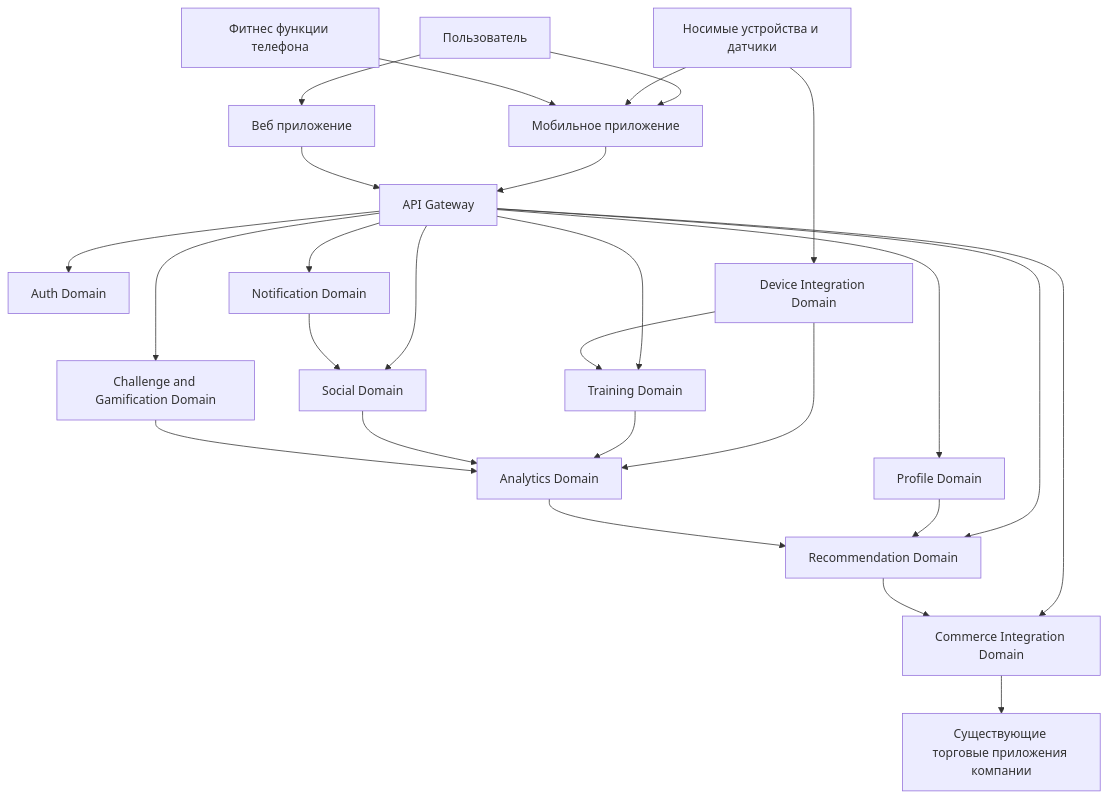
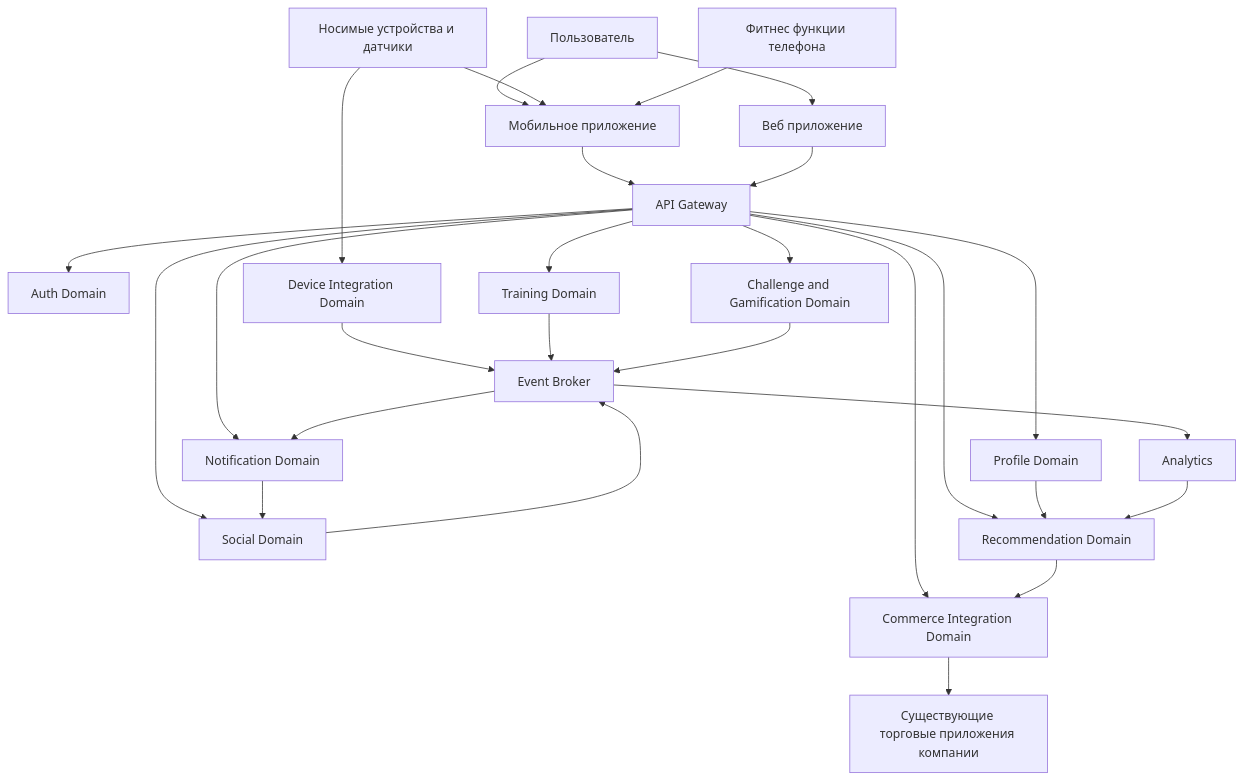
Before and after one commit to HiddenFox29/Athletica: the diagram in 03-architecture/conceptual-architecture.md, drawn with Mermaid. The commit also changed other lines of this file and 1 other file, not shown here.

Commit message:
Добавлен roadmap, внесены правки в conceptual-architecture.md

````diff
--- a/03-architecture/conceptual-architecture.md
+++ b/03-architecture/conceptual-architecture.md
@@ -177,40 +186,42 @@
 ```mermaid
 flowchart TB
     User[Пользователь]
     Mobile[Мобильное приложение]
     Web[Веб приложение]
     Wearables[Носимые устройства и датчики]
     Commerce[Существующие торговые приложения компании]
     Phone[Фитнес функции телефона]
 
     User --> Mobile
     User --> Web
     Wearables --> Mobile
     Phone --> Mobile
 
     Mobile --> Gateway[API Gateway]
     Web --> Gateway
 
     Gateway --> Auth[Auth Domain]
     Gateway --> Profile[Profile Domain]
     Gateway --> Training[Training Domain]
     Gateway --> Social[Social Domain]
     Gateway --> Challenge[Challenge and Gamification Domain]
     Gateway --> Recommendation[Recommendation Domain]
     Gateway --> Notification[Notification Domain]
     Gateway --> CommerceIntegration[Commerce Integration Domain]
+    EventBroker[Event Broker]
 
     Wearables --> Device[Device Integration Domain]
-    Device --> Training
-    Device --> Analytics[Analytics Domain]
+    Device --> EventBroker
     Profile --> Recommendation
 
-    Training --> Analytics
-    Social --> Analytics
-    Challenge --> Analytics
+    Training --> EventBroker
+    Social --> EventBroker
+    Challenge --> EventBroker
+    EventBroker --> Analytics
     Analytics --> Recommendation
 
     Notification --> Social
+    EventBroker --> Notification
     Recommendation --> CommerceIntegration
     CommerceIntegration --> Commerce
 ```
````
